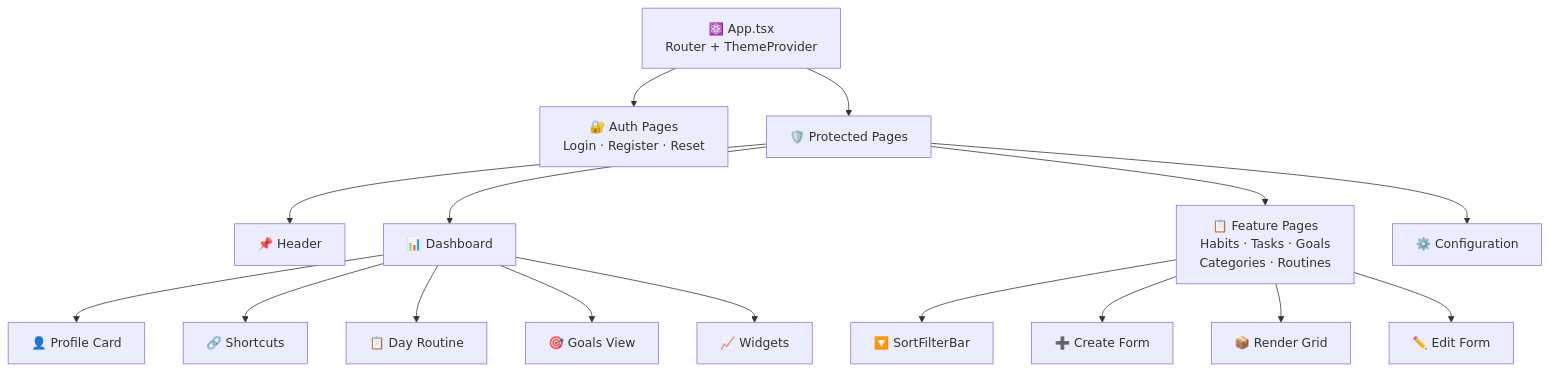
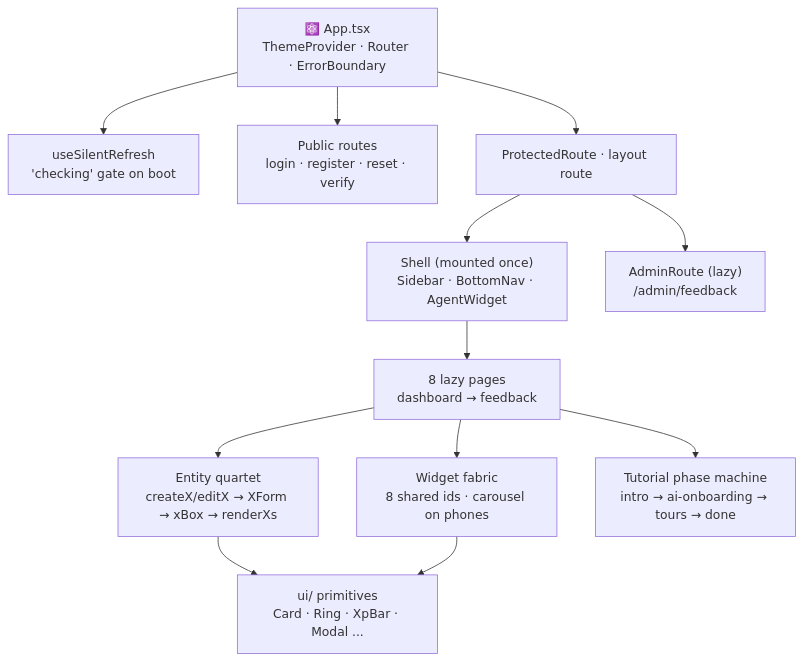
Before and after one commit to AndDev741/Beyou-arch-design: the diagram in architecture/ui-components/diagram.mmd, drawn with Mermaid. The commit also changed 7 other files, not shown here.

First line of the commit message:
docs(architecture): ui-components and redux-data enter the monorepo era

```diff
--- a/architecture/ui-components/diagram.mmd
+++ b/architecture/ui-components/diagram.mmd
@@ -1,20 +1,16 @@
 flowchart TD
-  APP["⚛️ App.tsx<br/>Router + ThemeProvider"]
-  APP --> AUTH["🔐 Auth Pages<br/>Login · Register · Reset"]
-  APP --> PROT["🛡️ Protected Pages"]
+  APP["⚛️ App.tsx<br/>ThemeProvider · Router · ErrorBoundary"]
+  APP --> BOOT["useSilentRefresh<br/>'checking' gate on boot"]
+  APP --> PUB["Public routes<br/>login · register · reset · verify"]
+  APP --> PROT["ProtectedRoute · layout route"]
 
-  PROT --> HDR["📌 Header"]
-  PROT --> DASH["📊 Dashboard"]
-  PROT --> FEAT["📋 Feature Pages<br/>Habits · Tasks · Goals<br/>Categories · Routines"]
-  PROT --> CFG["⚙️ Configuration"]
+  PROT --> SHELL["Shell (mounted once)<br/>Sidebar · BottomNav · AgentWidget"]
+  SHELL --> PAGES["8 lazy pages<br/>dashboard → feedback"]
+  PROT --> ADM["AdminRoute (lazy)<br/>/admin/feedback"]
 
-  FEAT --> SORT["🔽 SortFilterBar"]
-  FEAT --> CREATE["➕ Create Form"]
-  FEAT --> RENDER["📦 Render Grid"]
-  FEAT --> EDIT["✏️ Edit Form"]
+  PAGES --> QUARTET["Entity quartet<br/>createX/editX → XForm → xBox → renderXs"]
+  PAGES --> WIDG["Widget fabric<br/>8 shared ids · carousel on phones"]
+  PAGES --> TUT["Tutorial phase machine<br/>intro → ai-onboarding → tours → done"]
 
-  DASH --> PROFILE["👤 Profile Card"]
-  DASH --> SHORTCUTS["🔗 Shortcuts"]
-  DASH --> ROUTINE["📋 Day Routine"]
-  DASH --> GOALS["🎯 Goals View"]
-  DASH --> WIDGETS["📈 Widgets"]
+  QUARTET --> UIP["ui/ primitives<br/>Card · Ring · XpBar · Modal ..."]
+  WIDG --> UIP
```
